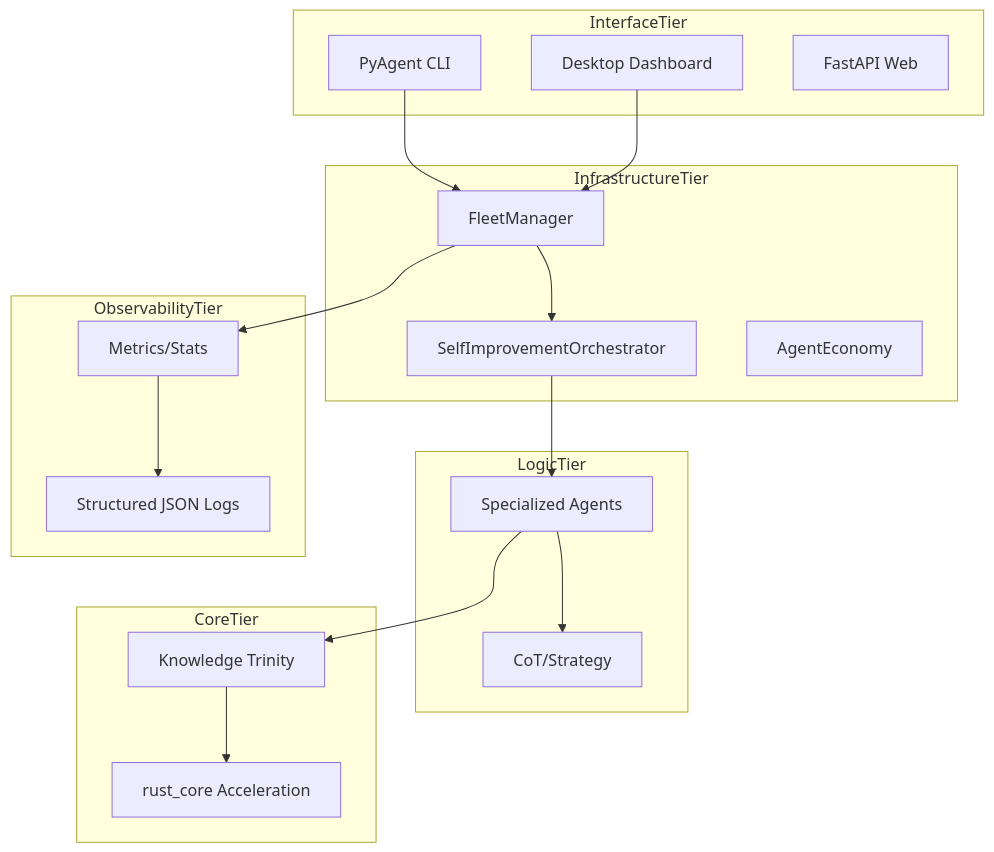
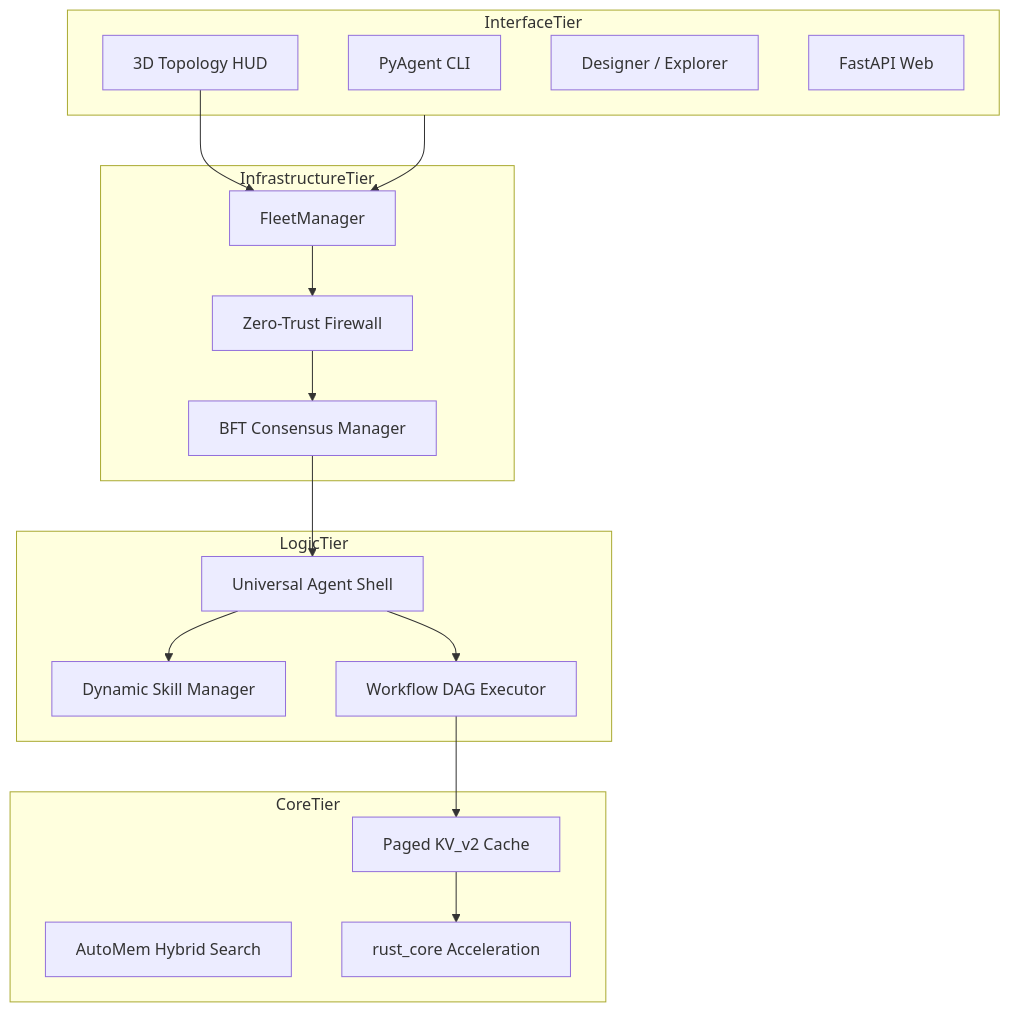
Before and after one commit to UndiFineD/PyAgent: the diagram in docs/architecture/swarm_graph.md, drawn with Mermaid. The commit also changed other lines of this file and 11 other files, not shown here.

First line of the commit message:
docs: Align architectural documentation with v4.0.0 Swarm Singularity

````diff
--- a/docs/architecture/swarm_graph.md
+++ b/docs/architecture/swarm_graph.md
@@ -3,39 +3,37 @@
 ```mermaid
 graph TD
     subgraph InterfaceTier
         CLI[PyAgent CLI]
-        GUI[Desktop Dashboard]
+        HUD[3D Topology HUD]
+        DEP[Designer / Explorer]
         API[FastAPI Web]
     end
 
     subgraph InfrastructureTier
         Fleet[FleetManager]
-        Orch[SelfImprovementOrchestrator]
-        Economy[AgentEconomy]
+        Firewall[Zero-Trust Firewall]
+        Consensus[BFT Consensus Manager]
     end
 
     subgraph LogicTier
-        Agents[Specialized Agents]
-        Reasoning[CoT/Strategy]
+        Shell[Universal Agent Shell]
+        Skills[Dynamic Skill Manager]
+        Workflows[Workflow DAG Executor]
     end
 
     subgraph CoreTier
-        Trinity[Knowledge Trinity]
+        Memory[Paged KV_v2 Cache]
+        AutoMem[AutoMem Hybrid Search]
         Rust[rust_core Acceleration]
     end
 
-    subgraph ObservabilityTier
-        Stats[Metrics/Stats]
-        Logs[Structured JSON Logs]
-    end
-
-    CLI --> Fleet
-    GUI --> Fleet
-    Fleet --> Orch
-    Orch --> Agents
-    Agents --> Trinity
-    Agents --> Reasoning
-    Trinity --> Rust
-    Fleet --> Stats
-    Stats --> Logs
+    InterfaceTier --> Fleet
+    Fleet --> Firewall
+    Firewall --> Consensus
+    Consensus --> Shell
+    Shell --> Skills
+    Shell --> Workflows
+    Workflows --> Memory
+    Memory --> Rust
+    HUD --> Fleet
 ```
````
